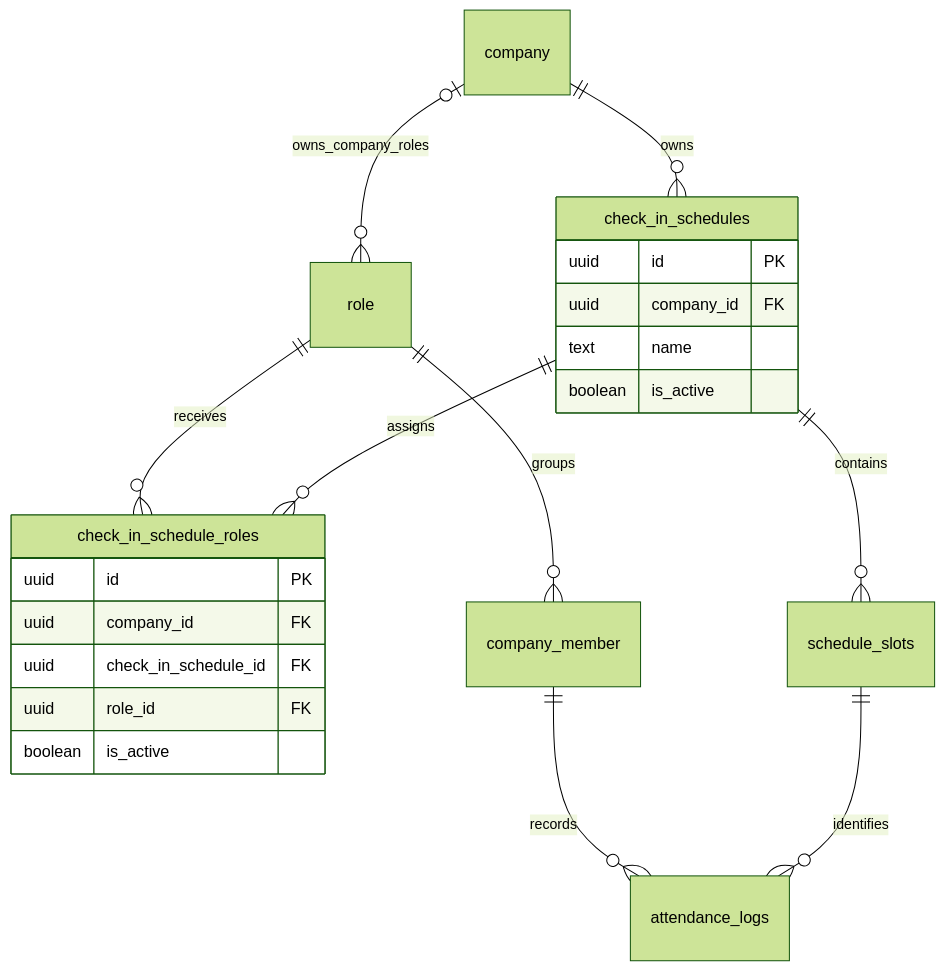
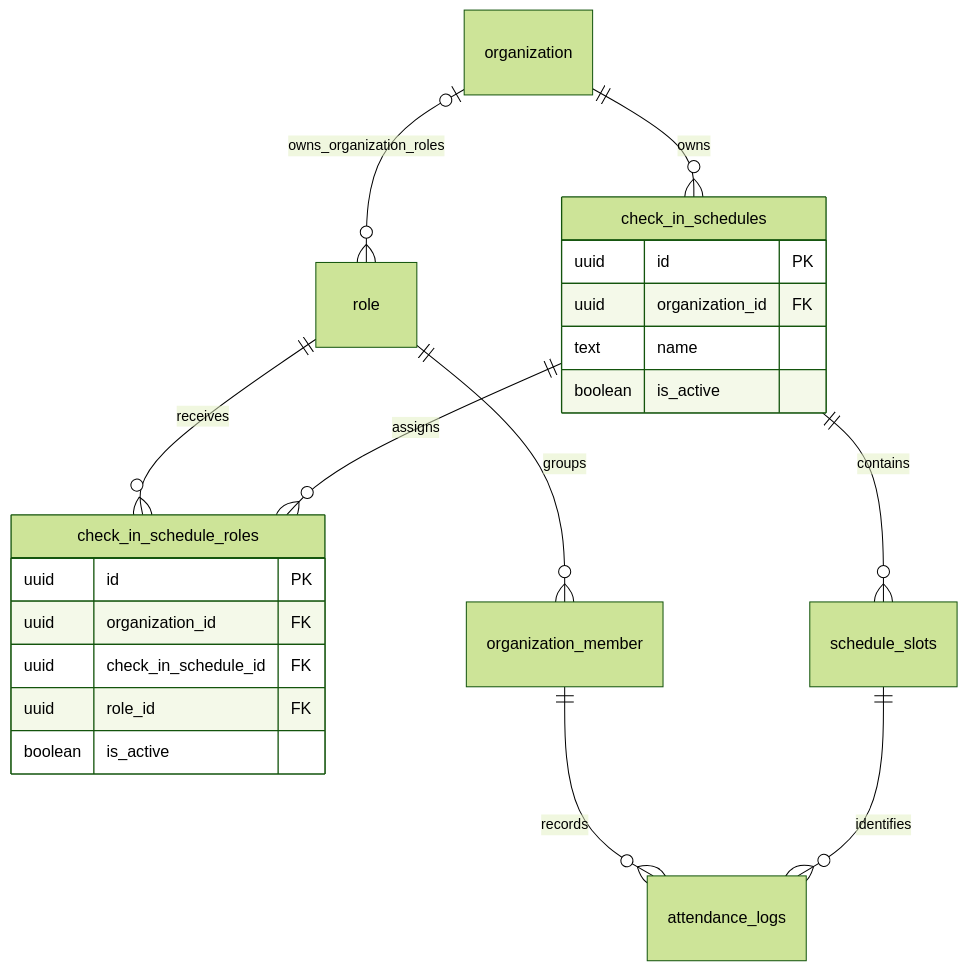
The diagram in packages/domains/docs/check-in-schedule-design.md (Apisit250aps/mini-security), drawn with Mermaid (forest theme) before and after one commit. The commit also changed other lines of this file and 469 other files, not shown here.

First line of the commit message:
feat: add organization management features including relations, schema, use cases, and repositories

````diff
--- a/packages/domains/docs/check-in-schedule-design.md
+++ b/packages/domains/docs/check-in-schedule-design.md
@@ -9,25 +9,25 @@
 ```mermaid
 erDiagram
-    company o|--o{ role : owns_company_roles
-    company ||--o{ check_in_schedules : owns
+    organization o|--o{ role : owns_organization_roles
+    organization ||--o{ check_in_schedules : owns
     role ||--o{ check_in_schedule_roles : receives
     check_in_schedules ||--o{ check_in_schedule_roles : assigns
-    role ||--o{ company_member : groups
+    role ||--o{ organization_member : groups
     check_in_schedules ||--o{ schedule_slots : contains
-    company_member ||--o{ attendance_logs : records
+    organization_member ||--o{ attendance_logs : records
     schedule_slots ||--o{ attendance_logs : identifies
 
     check_in_schedules {
         uuid id PK
-        uuid company_id FK
+        uuid organization_id FK
         text name
         boolean is_active
     }
     check_in_schedule_roles {
         uuid id PK
-        uuid company_id FK
+        uuid organization_id FK
         uuid check_in_schedule_id FK
         uuid role_id FK
         boolean is_active
     }
 ```
````
